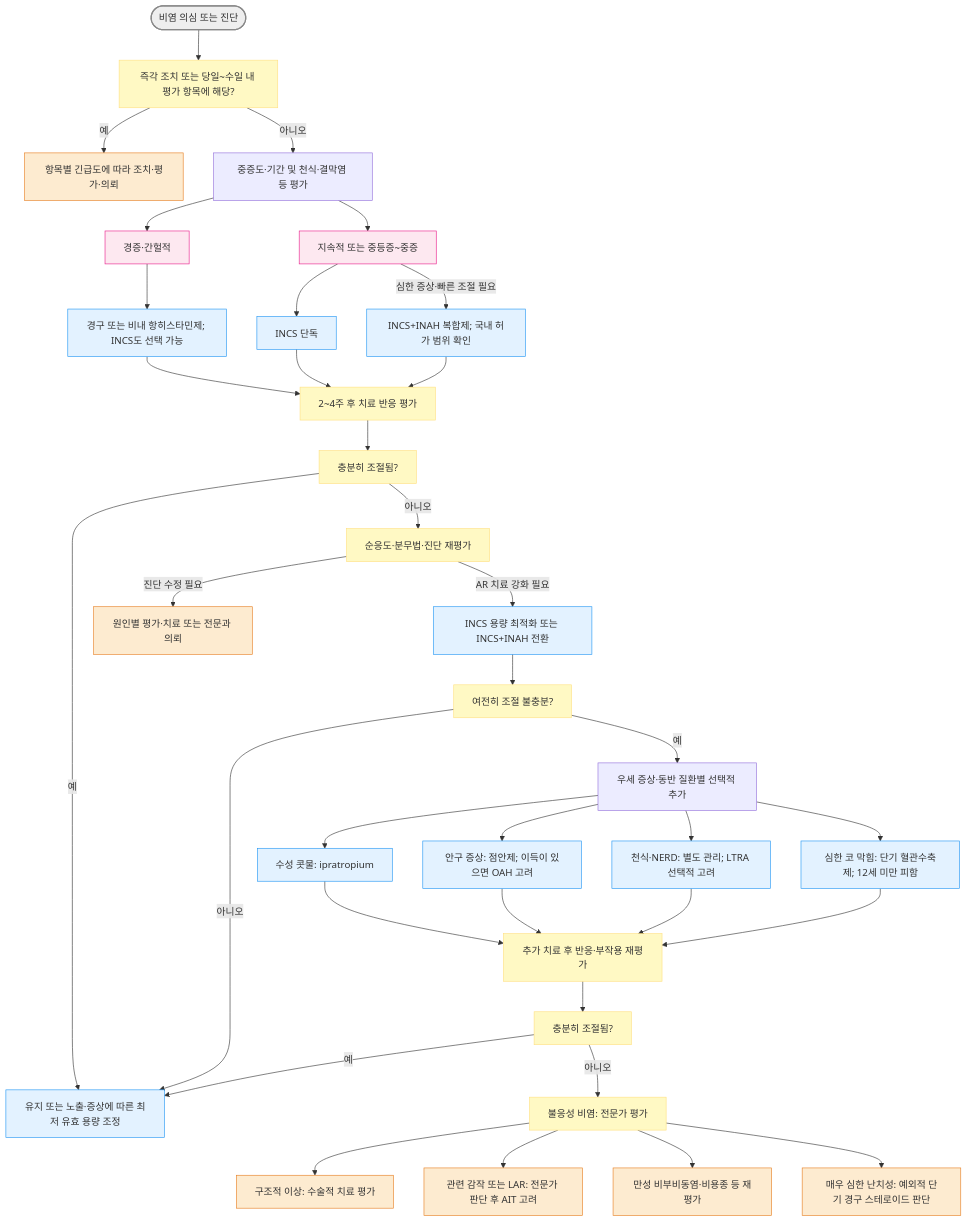
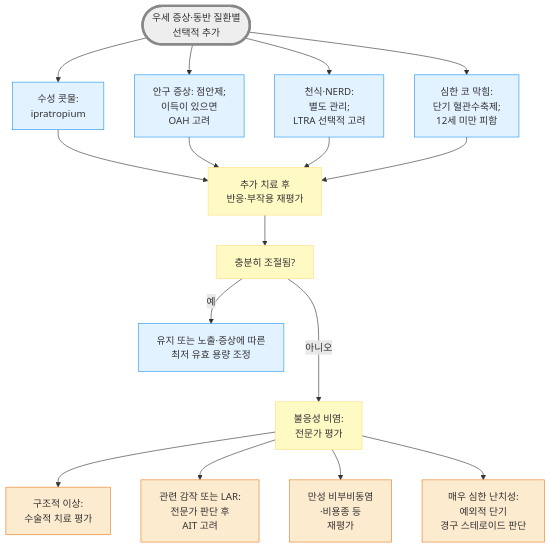
One commit to familyoh77/familyoh77 changed the diagram in 222_/051_-allergic-rhinitis.md. Above: the diagram before and after it, drawn with Mermaid. The commit also changed other lines of this file, not shown here.

Commit message:
GITBOOK-1874: No subject

````diff
--- a/222_/051_-allergic-rhinitis.md
+++ b/222_/051_-allergic-rhinitis.md
@@ -240,51 +243,30 @@
 ```mermaid
 graph TD
-    Start(["비염 의심 또는 진단"]) --> RedQ["즉각 조치 또는 당일~수일 내 평가 항목에 해당?"]
-    RedQ -->|예| Urgent["항목별 긴급도에 따라 조치·평가·의뢰"]
-    RedQ -->|아니오| Assess["중증도·기간 및 천식·결막염 등 평가"]
 
-    Assess --> Mild["경증·간헐적"]
-    Assess --> ModSev["지속적 또는 중등증~중증"]
-    Mild --> AH["경구 또는 비내 항히스타민제; INCS도 선택 가능"]
-    ModSev --> INCS0["INCS 단독"]
-    ModSev -->|심한 증상·빠른 조절 필요| Combo0["INCS+INAH 복합제; 국내 허가 범위 확인"]
+Symptoms(["우세 증상·동반 질환별 <br/>선택적 추가"])
+Symptoms --> Tx1["수성 콧물: <br/>ipratropium"]
+Symptoms --> Tx2["안구 증상: 점안제; <br/>이득이 있으면 <br/>OAH 고려"]
+Symptoms --> Tx3["천식·NERD: <br/>별도 관리; <br/>LTRA 선택적 고려"]
+Symptoms --> Tx4["심한 코 막힘: <br/>단기 혈관수축제; <br/>12세 미만 피함"]
+Tx1 --> Reassess["추가 치료 후 <br/>반응·부작용 재평가"]
+Tx2 --> Reassess
+Tx3 --> Reassess
+Tx4 --> Reassess
+Reassess --> Control3["충분히 조절됨?"]
+Control3 -->|예| Maintain["유지 또는 노출·증상에 따른 <br/>최저 유효 용량 조정"]
+Control3 --->|아니오| Fail3["불응성 비염: <br/>전문가 평가"]
+Fail3 --> Cause1["구조적 이상: <br/>수술적 치료 평가"]
+Fail3 --> Cause2["관련 감작 또는 LAR: <br/>전문가 판단 후 <br/>AIT 고려"]
+Fail3 --> Cause3["만성 비부비동염<br/>·비용종 등 <br/>재평가"]
+Fail3 --> Rescue["매우 심한 난치성: <br/>예외적 단기 <br/>경구 스테로이드 판단"]
 
-    AH --> Review1["2~4주 후 치료 반응 평가"]
-    INCS0 --> Review1
-    Combo0 --> Review1
-    Review1 --> Control1["충분히 조절됨?"]
-    Control1 -->|예| Maintain["유지 또는 노출·증상에 따른 최저 유효 용량 조정"]
-    Control1 -->|아니오| Check1["순응도·분무법·진단 재평가"]
-    Check1 -->|진단 수정 필요| Refer["원인별 평가·치료 또는 전문과 의뢰"]
-    Check1 -->|AR 치료 강화 필요| Combine["INCS 용량 최적화 또는 INCS+INAH 전환"]
+style Symptoms fill:#eeeeee,stroke:#888888,stroke-width:4px
+classDef yellow fill:#fff9c4,stroke:#ffe082
+class Control3,Reassess,Fail3 yellow
+classDef sky fill:#e3f2ff,stroke:#2196f3
+class Tx1,Tx2,Tx3,Tx4,Maintain sky
+classDef orange fill:#fdebd0,stroke:#e67e22
+class Cause1,Cause2,Cause3,Rescue orange
+classDef pink fill:#fde8f0,stroke:#e91e8c
 
-    Combine --> Control2["여전히 조절 불충분?"]
-    Control2 -->|아니오| Maintain
-    Control2 -->|예| Symptoms["우세 증상·동반 질환별 선택적 추가"]
-    Symptoms --> Tx1["수성 콧물: ipratropium"]
-    Symptoms --> Tx2["안구 증상: 점안제; 이득이 있으면 OAH 고려"]
-    Symptoms --> Tx3["천식·NERD: 별도 관리; LTRA 선택적 고려"]
-    Symptoms --> Tx4["심한 코 막힘: 단기 혈관수축제; 12세 미만 피함"]
-    Tx1 --> Reassess["추가 치료 후 반응·부작용 재평가"]
-    Tx2 --> Reassess
-    Tx3 --> Reassess
-    Tx4 --> Reassess
-    Reassess --> Control3["충분히 조절됨?"]
-    Control3 -->|예| Maintain
-    Control3 -->|아니오| Fail3["불응성 비염: 전문가 평가"]
-
-    Fail3 --> Cause1["구조적 이상: 수술적 치료 평가"]
-    Fail3 --> Cause2["관련 감작 또는 LAR: 전문가 판단 후 AIT 고려"]
-    Fail3 --> Cause3["만성 비부비동염·비용종 등 재평가"]
-    Fail3 --> Rescue["매우 심한 난치성: 예외적 단기 경구 스테로이드 판단"]
-
-    style Start fill:#eeeeee,stroke:#888888,stroke-width:2px
-    classDef yellow fill:#fff9c4,stroke:#ffe082
-    class RedQ,Control1,Control2,Control3,Review1,Check1,Reassess,Fail3 yellow
-    classDef sky fill:#e3f2ff,stroke:#2196f3
-    class INCS0,Combo0,AH,Combine,Tx1,Tx2,Tx3,Tx4,Maintain sky
-    classDef orange fill:#fdebd0,stroke:#e67e22
-    class Urgent,Refer,Cause1,Cause2,Cause3,Rescue orange
-    classDef pink fill:#fde8f0,stroke:#e91e8c
-    class Mild,ModSev pink
 ```
````
